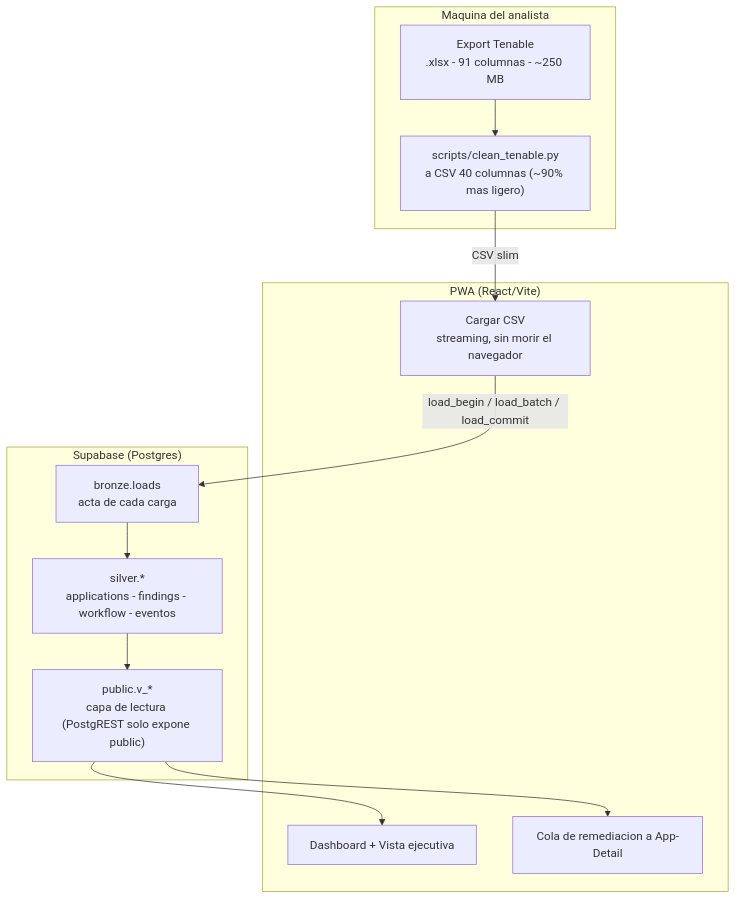
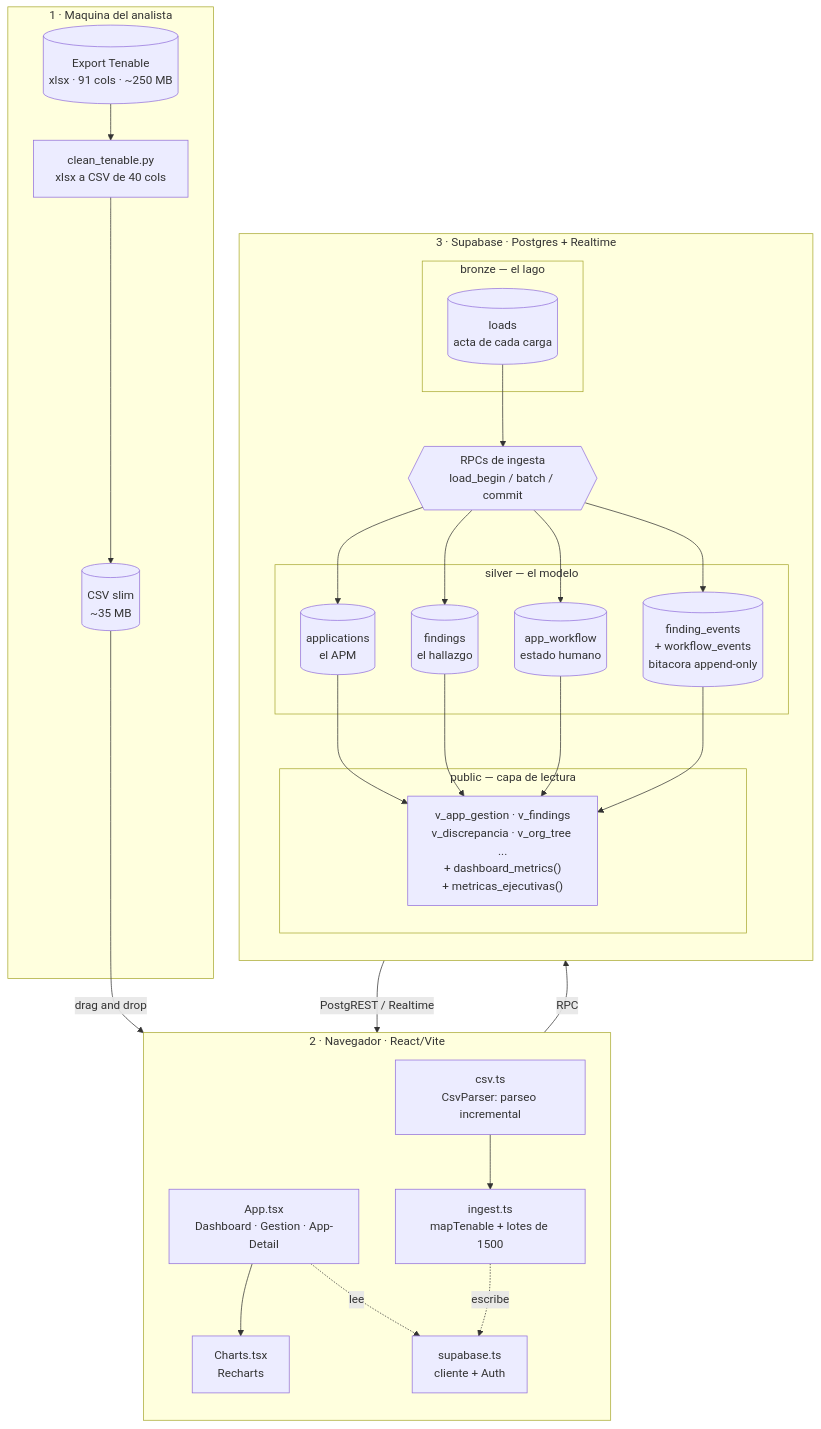
Before and after one commit to Yarov/sbPanel: the first of 2 diagrams in README.md, drawn with Mermaid. The commit also changed other lines of this file, not shown here.

Commit message:
docs: diagrama de arquitectura detallado + explicación pieza por pieza
El diagrama ahora muestra las 3 zonas (máquina del analista / navegador / Postgres)
con sus componentes reales: los archivos del front (csv.ts, ingest.ts, App.tsx,
Charts.tsx, supabase.ts), las capas de la base con sus tablas, y las RPCs de
ingesta como el paso obligado de escritura. Flechas de carga (arriba→abajo) y de
lectura (abajo→arriba).

Agregada explicación en detalle de CADA pieza: qué hace y el detalle que importa —
por zona (analista/navegador/Postgres), con el flujo en una línea y el porqué de
las 3 capas.

Claude-Session: https://claude.ai/code/session_019NJ1J8GAwG1RSLidzTToTD

````diff
--- a/README.md
+++ b/README.md
@@ -61,26 +65,45 @@
 ```mermaid
 flowchart TB
-  subgraph local["Maquina del analista"]
-    xlsx["Export Tenable<br/>.xlsx - 91 columnas - ~250 MB"]
-    clean["scripts/clean_tenable.py<br/>a CSV 40 columnas (~90% mas ligero)"]
-    xlsx --> clean
+  subgraph local["1 · Maquina del analista"]
+    xlsx[("Export Tenable<br/>xlsx · 91 cols · ~250 MB")]
+    clean["clean_tenable.py<br/>xlsx a CSV de 40 cols"]
+    slim[("CSV slim<br/>~35 MB")]
+    xlsx --> clean --> slim
   end
 
-  subgraph front["PWA (React/Vite)"]
-    upload["Cargar CSV<br/>streaming, sin morir el navegador"]
-    dash["Dashboard + Vista ejecutiva"]
-    cola["Cola de remediacion a App-Detail"]
+  subgraph browser["2 · Navegador · React/Vite"]
+    direction TB
+    csv["csv.ts<br/>CsvParser: parseo incremental"]
+    ing["ingest.ts<br/>mapTenable + lotes de 1500"]
+    ui["App.tsx<br/>Dashboard · Gestion · App-Detail"]
+    charts["Charts.tsx<br/>Recharts"]
+    sb["supabase.ts<br/>cliente + Auth"]
+    csv --> ing
+    ui --> charts
+    ui -.lee.-> sb
+    ing -.escribe.-> sb
   end
-  clean -->|CSV slim| upload
+  slim -->|drag and drop| csv
 
-  subgraph db["Supabase (Postgres)"]
-    bronze["bronze.loads<br/>acta de cada carga"]
-    silver["silver.*<br/>applications - findings - workflow - eventos"]
-    public["public.v_*<br/>capa de lectura (PostgREST solo expone public)"]
-    silver --> public
+  subgraph pg["3 · Supabase · Postgres + Realtime"]
+    direction TB
+    subgraph b["bronze — el lago"]
+      loads[("loads<br/>acta de cada carga")]
+    end
+    subgraph s["silver — el modelo"]
+      apps[("applications<br/>el APM")]
+      finds[("findings<br/>el hallazgo")]
+      wf[("app_workflow<br/>estado humano")]
+      evs[("finding_events<br/>+ workflow_events<br/>bitacora append-only")]
+    end
+    subgraph p["public — capa de lectura"]
+      views["v_app_gestion · v_findings<br/>v_discrepancia · v_org_tree ...<br/>+ dashboard_metrics()<br/>+ metricas_ejecutivas()"]
+    end
+    rpc{{"RPCs de ingesta<br/>load_begin / batch / commit"}}
+    loads --> rpc --> apps & finds & wf & evs
+    apps & finds & wf & evs --> views
   end
-  upload -->|load_begin / load_batch / load_commit| bronze
-  bronze --> silver
-  public --> dash
-  public --> cola
+
+  sb -->|RPC| rpc
+  views -->|PostgREST / Realtime| sb
 ```
````
